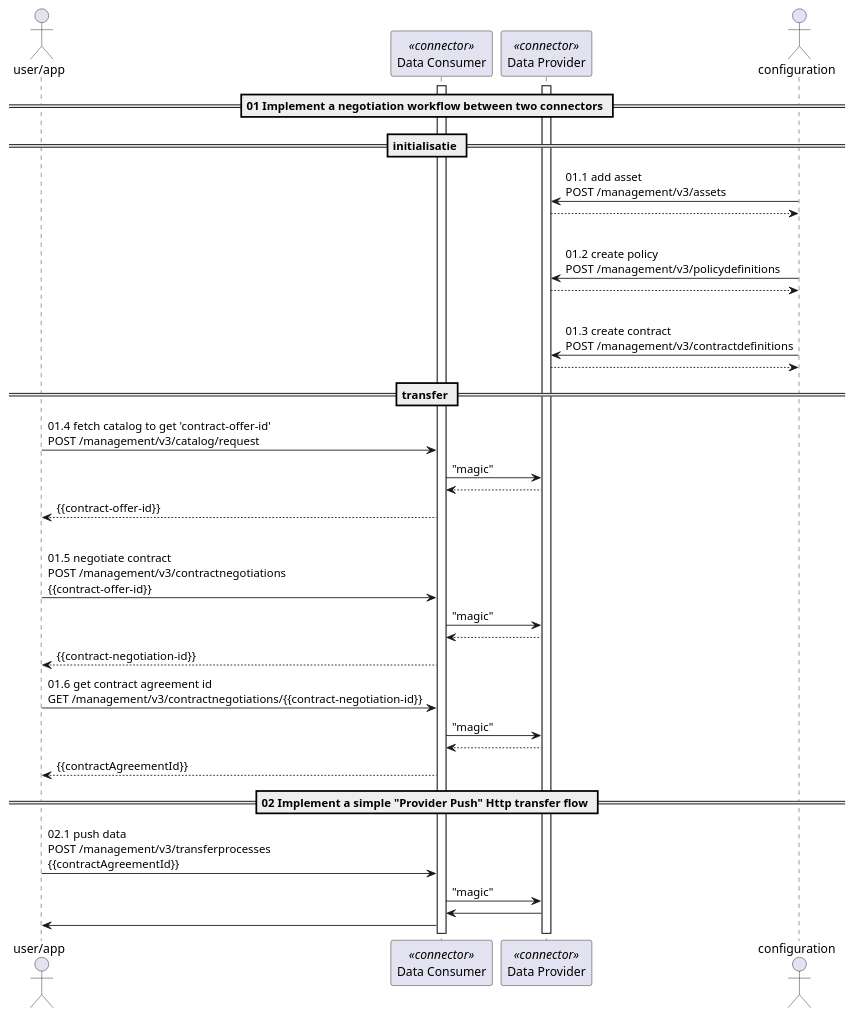
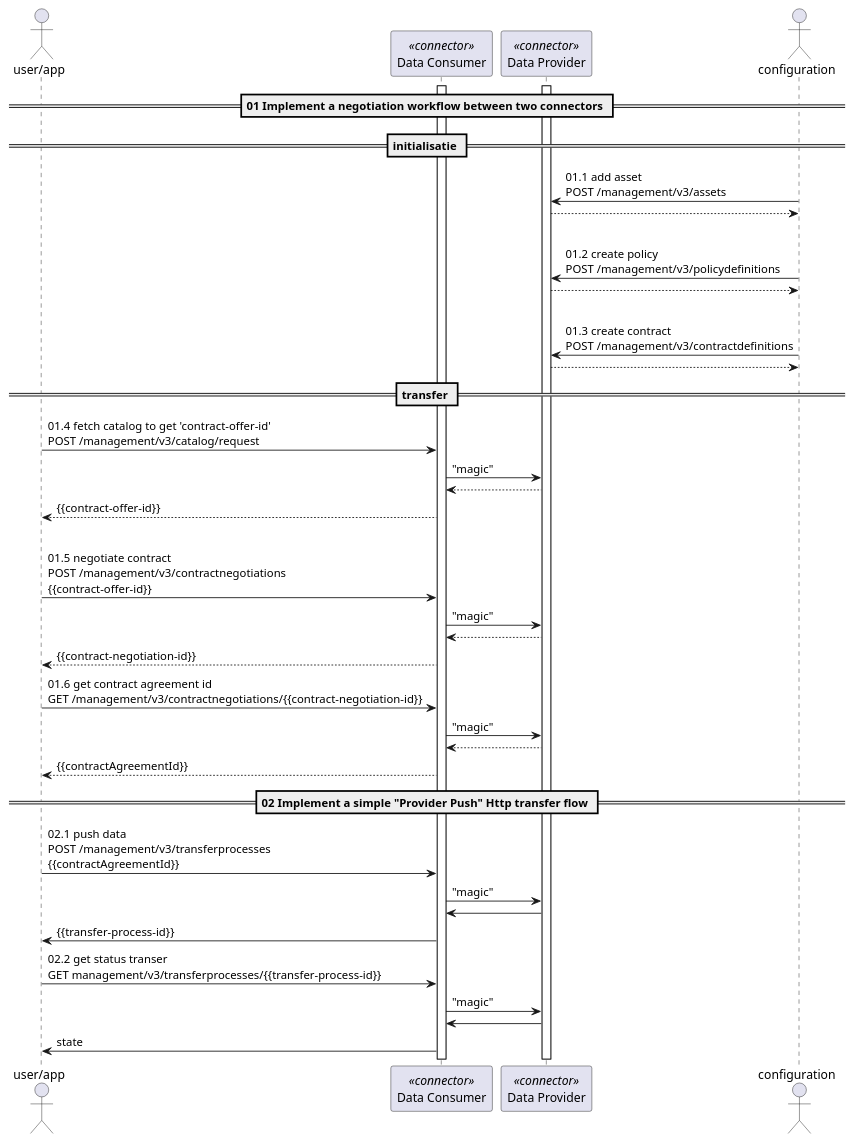
One commit to jvisch/edc-samples changed the diagram in jorg-aantekeningen/01-samples-transfer-sequence.plantuml. Above: the diagram before and after it, drawn with PlantUML.

Commit message:
status van de transfer opvragen

```diff
--- a/jorg-aantekeningen/01-samples-transfer-sequence.plantuml
+++ b/jorg-aantekeningen/01-samples-transfer-sequence.plantuml
@@ -1,51 +1,56 @@
 @startuml transfer sample
 
 actor "user/app" as user
 
 participant "Data Consumer" as dataconsumer << connector >>
 participant "Data Provider" as dataprovider << connector >>
 
 actor configuration as config
 
 ' Transfer sample 01
 ' "Implement a negotiation workflow between two connectors"
 ' toevoegen van een asset aan de data provider
 == 01 Implement a negotiation workflow between two connectors ==
 == initialisatie ==
 activate dataprovider
 activate dataconsumer
 
 config -> dataprovider : 01.1 add asset\nPOST /management/v3/assets
 dataprovider --> config
 |||
 config -> dataprovider : 01.2 create policy\nPOST /management/v3/policydefinitions
 dataprovider --> config
 |||
 config -> dataprovider : 01.3 create contract\nPOST /management/v3/contractdefinitions
 dataprovider --> config
 
 == transfer ==
 
 user -> dataconsumer : 01.4 fetch catalog to get 'contract-offer-id'\nPOST /management/v3/catalog/request
 dataconsumer -> dataprovider : "magic"
 dataprovider --> dataconsumer
 dataconsumer --> user : {{contract-offer-id}}
 |||
 user -> dataconsumer : 01.5 negotiate contract\nPOST /management/v3/contractnegotiations\n{{contract-offer-id}}
 dataconsumer -> dataprovider : "magic"
 dataprovider --> dataconsumer
 dataconsumer --> user : {{contract-negotiation-id}}
 
 user -> dataconsumer : 01.6 get contract agreement id\nGET /management/v3/contractnegotiations/{{contract-negotiation-id}}
 dataconsumer -> dataprovider : "magic"
 dataprovider --> dataconsumer
 dataconsumer --> user : {{contractAgreementId}}
 
 == 02 Implement a simple "Provider Push" Http transfer flow ==
 
 user -> dataconsumer : 02.1 push data\nPOST /management/v3/transferprocesses\n{{contractAgreementId}}
 dataconsumer -> dataprovider : "magic"
 dataprovider -> dataconsumer
-dataconsumer -> user
+dataconsumer -> user : {{transfer-process-id}}
+
+user -> dataconsumer : 02.2 get status transer\nGET management/v3/transferprocesses/{{transfer-process-id}}
+dataconsumer -> dataprovider : "magic"
+dataprovider -> dataconsumer
+dataconsumer -> user : state
 
 @enduml
```
